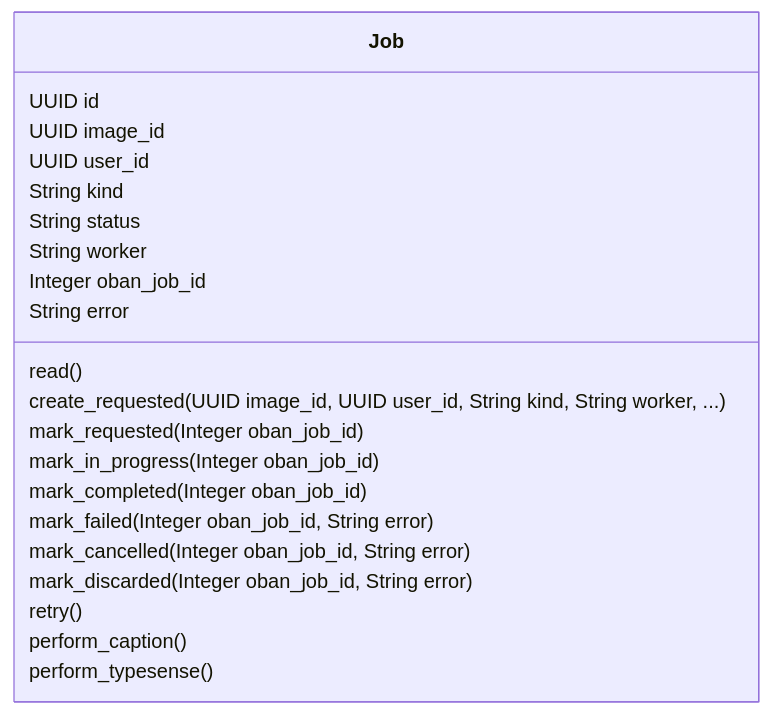
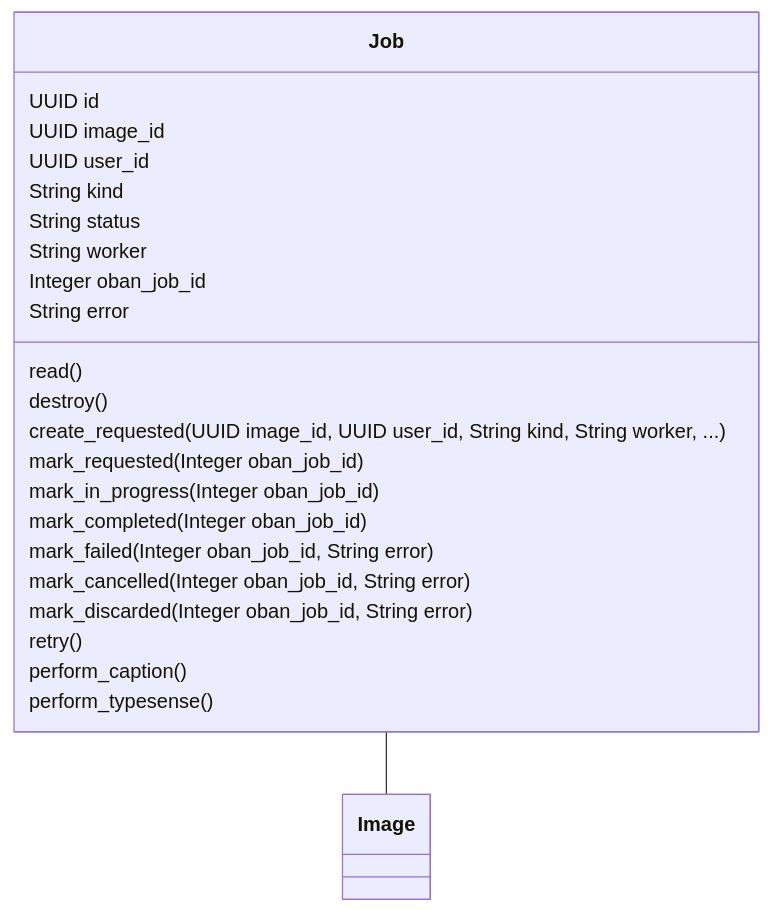
One commit to ThaddeusJiang/Vmemo changed the diagram in lib/vmemo/jobs-mermaid-class-diagram.md. Above: the diagram before and after it, drawn with Mermaid.

Commit message:
chore(resource): refresh Ash resource diagrams [skip ci]

````diff
--- a/lib/vmemo/jobs-mermaid-class-diagram.md
+++ b/lib/vmemo/jobs-mermaid-class-diagram.md
@@ -1,27 +1,28 @@
 ```mermaid
 classDiagram
     class Job {
         UUID id
         UUID image_id
         UUID user_id
         String kind
         String status
         String worker
         Integer oban_job_id
         String error
         read()
+        destroy()
         create_requested(UUID image_id, UUID user_id, String kind, String worker, ...)
         mark_requested(Integer oban_job_id)
         mark_in_progress(Integer oban_job_id)
         mark_completed(Integer oban_job_id)
         mark_failed(Integer oban_job_id, String error)
         mark_cancelled(Integer oban_job_id, String error)
         mark_discarded(Integer oban_job_id, String error)
         retry()
         perform_caption()
         perform_typesense()
     }
 
-
+    Job -- Image
 
 ```
````
